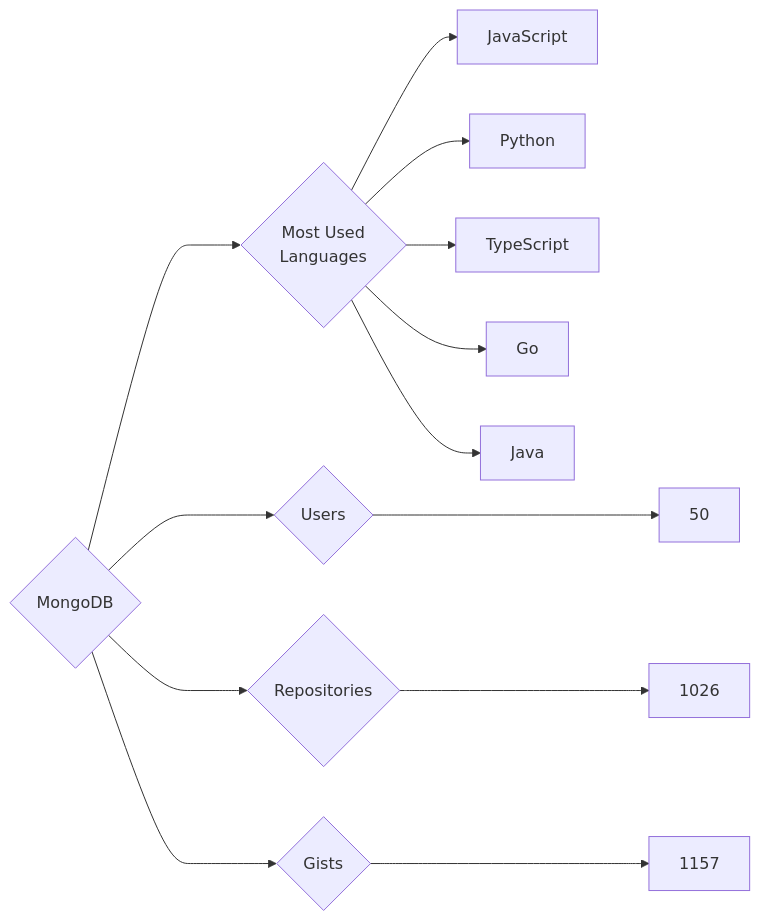
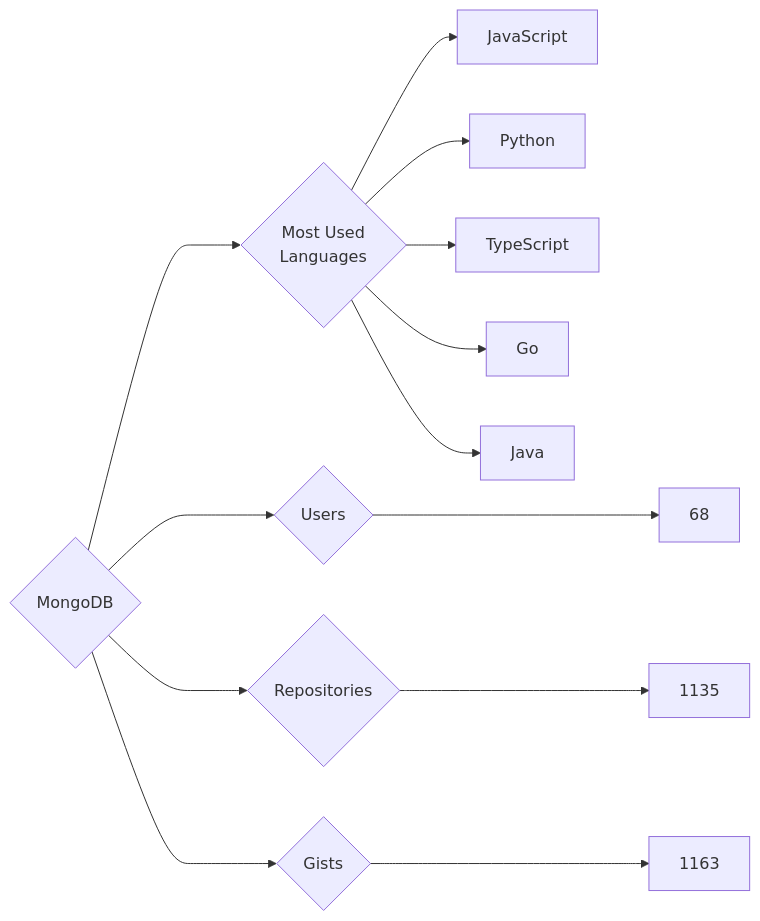
The diagram in targets/MongoDB/README.md (trickest/insiders), drawn with Mermaid before and after one commit. The commit also changed 912 other files, not shown here.

````diff
--- a/targets/MongoDB/README.md
+++ b/targets/MongoDB/README.md
@@ -3,13 +3,13 @@
 ```mermaid
 graph LR
 COMPANY_NAME{MongoDB}
-COMPANY_NAME ---> U{Users} ---> UN[50]
-COMPANY_NAME ---> R{Repositories} ---> RN[1026]
-COMPANY_NAME ---> G{Gists} ---> GN[1157]
+COMPANY_NAME ---> U{Users} ---> UN[68]
+COMPANY_NAME ---> R{Repositories} ---> RN[1135]
+COMPANY_NAME ---> G{Gists} ---> GN[1163]
 COMPANY_NAME ---> ML{Most Used<br>Languages}
 ML --> JavaScript[JavaScript]
 ML --> Python[Python]
 ML --> TypeScript[TypeScript]
 ML --> Go[Go]
 ML --> Java[Java]
 ```
````
